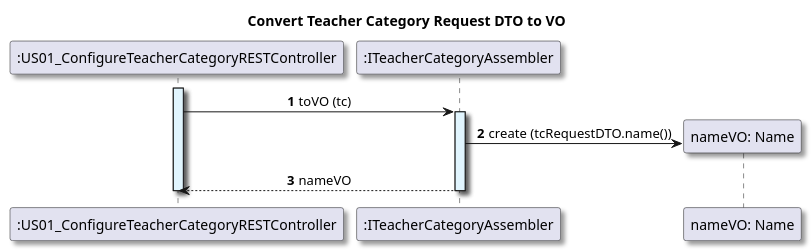
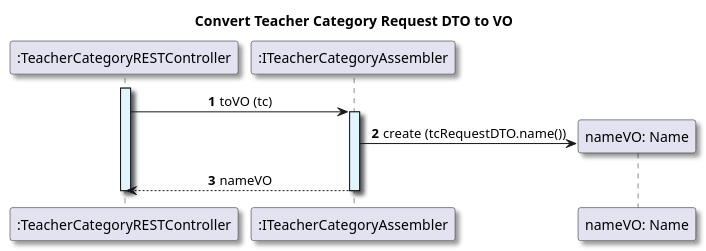
The diagram in docs/US01/Sprint6_RestAPI/ScenarioView/References/US01_convertTeacherCategoryRequestDTOToVO.puml (GasparISEP/DevOps-PAI), drawn with PlantUML before and after one commit. The commit also changed 5 other files, not shown here.

Commit message:
docs (scenarioView): minor adjustments to Level 1, 2 and 3 for configureTeacherCategory #675 #713

```diff
--- a/docs/US01/Sprint6_RestAPI/ScenarioView/References/US01_convertTeacherCategoryRequestDTOToVO.puml
+++ b/docs/US01/Sprint6_RestAPI/ScenarioView/References/US01_convertTeacherCategoryRequestDTOToVO.puml
@@ -1,27 +1,27 @@
 @startuml
 
 title Convert Teacher Category Request DTO to VO
 
 autonumber
 skinparam {
   ActivityPadding 2
   ActivityMargin 2
   BoxPadding 2
 }
 skinparam defaultTextAlignment center
 skinparam shadowing true
 
-participant ":US01_ConfigureTeacherCategoryRESTController" as Controller
+participant ":TeacherCategoryRESTController" as Controller
 participant ":ITeacherCategoryAssembler" as tcAssembler
 activate Controller #E1F5FE
 Controller -> tcAssembler: toVO (tc)
 activate tcAssembler #E1F5FE
 
 create "nameVO: Name"
 tcAssembler -> "nameVO: Name": create (tcRequestDTO.name())
 
 tcAssembler --> Controller: nameVO
 deactivate tcAssembler
 deactivate Controller
 
 @enduml
```
